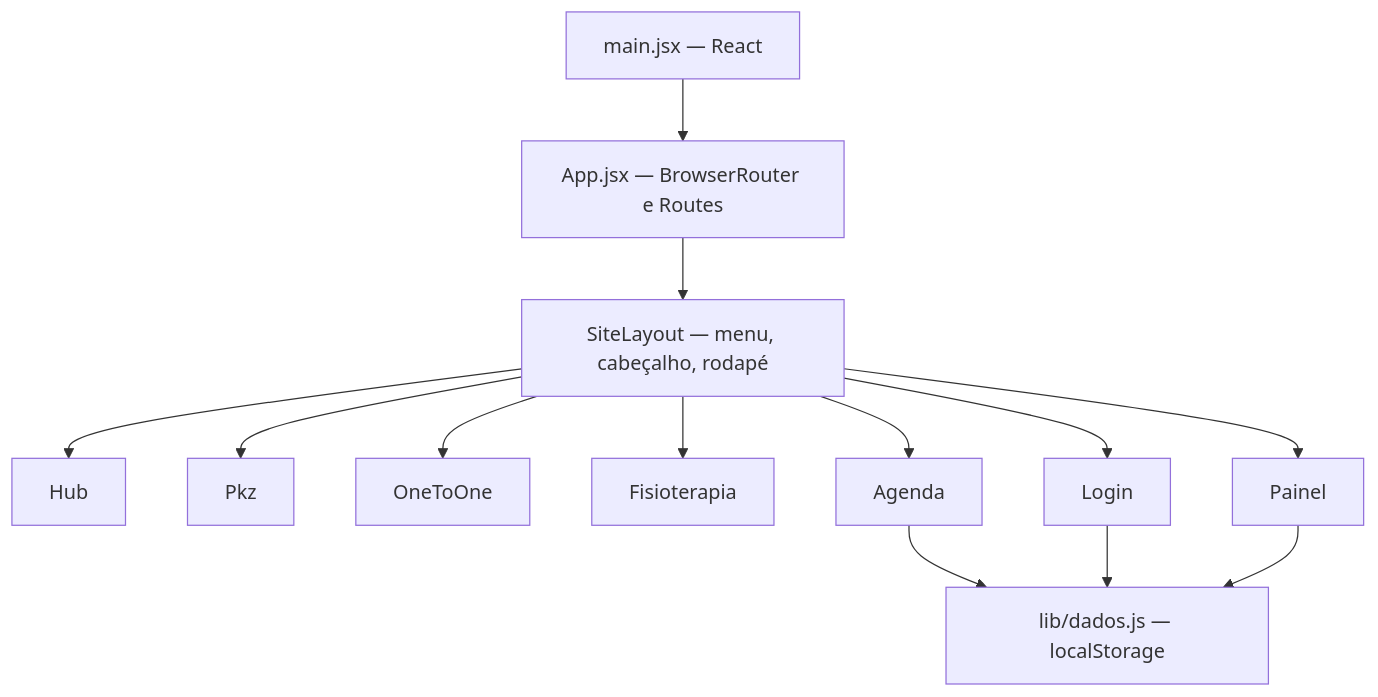
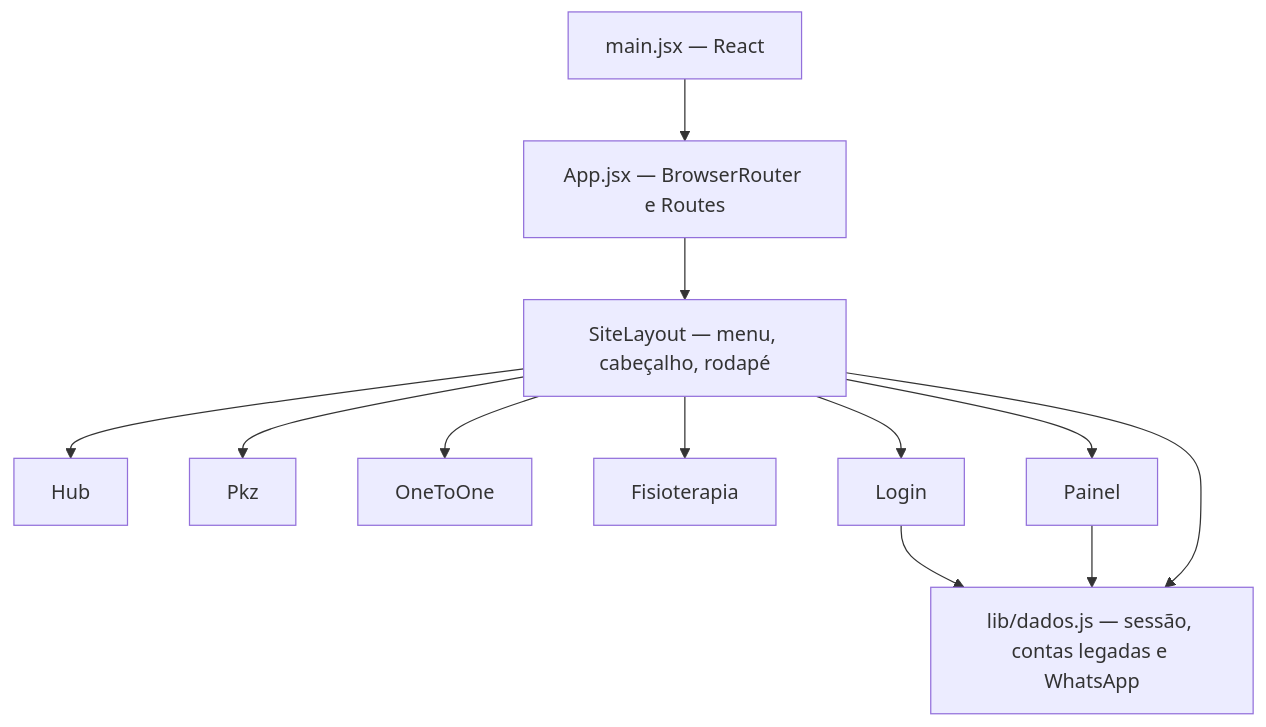
One commit to gugasaraivasilva-ai/PFE-2026-2-AP2-Grupo3-sexta-react-sem-agendamento changed the diagram in docs/Arquitetura-React.md. Above: the diagram before and after it, drawn with Mermaid. The commit also changed other lines of this file and 29 other files, not shown here.

````diff
--- a/docs/Arquitetura-React.md
+++ b/docs/Arquitetura-React.md
@@ -11,15 +11,14 @@
 ```mermaid
 flowchart TD
     R[main.jsx — React] --> A[App.jsx — BrowserRouter e Routes]
     A --> L[SiteLayout — menu, cabeçalho, rodapé]
     L --> H[Hub]
     L --> P[Pkz]
     L --> O[OneToOne]
     L --> F[Fisioterapia]
-    L --> G[Agenda]
     L --> I[Login]
     L --> D[Painel]
-    G --> S[lib/dados.js — localStorage]
-    I --> S
+    I --> S[lib/dados.js — sessão, contas legadas e WhatsApp]
     D --> S
+    L --> S
 ```
````
